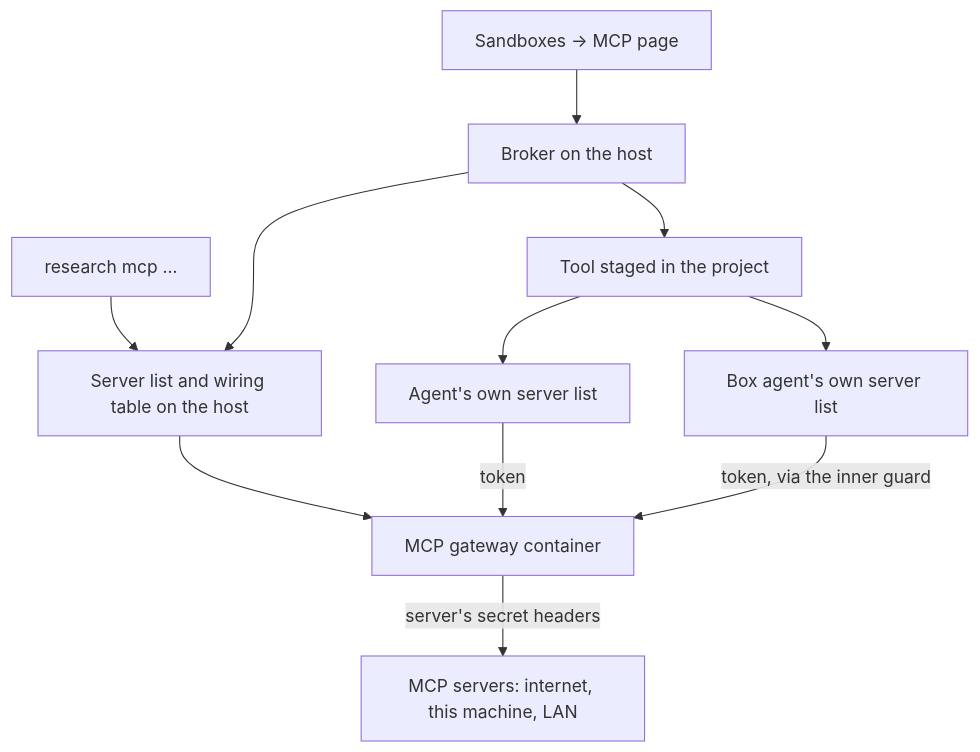
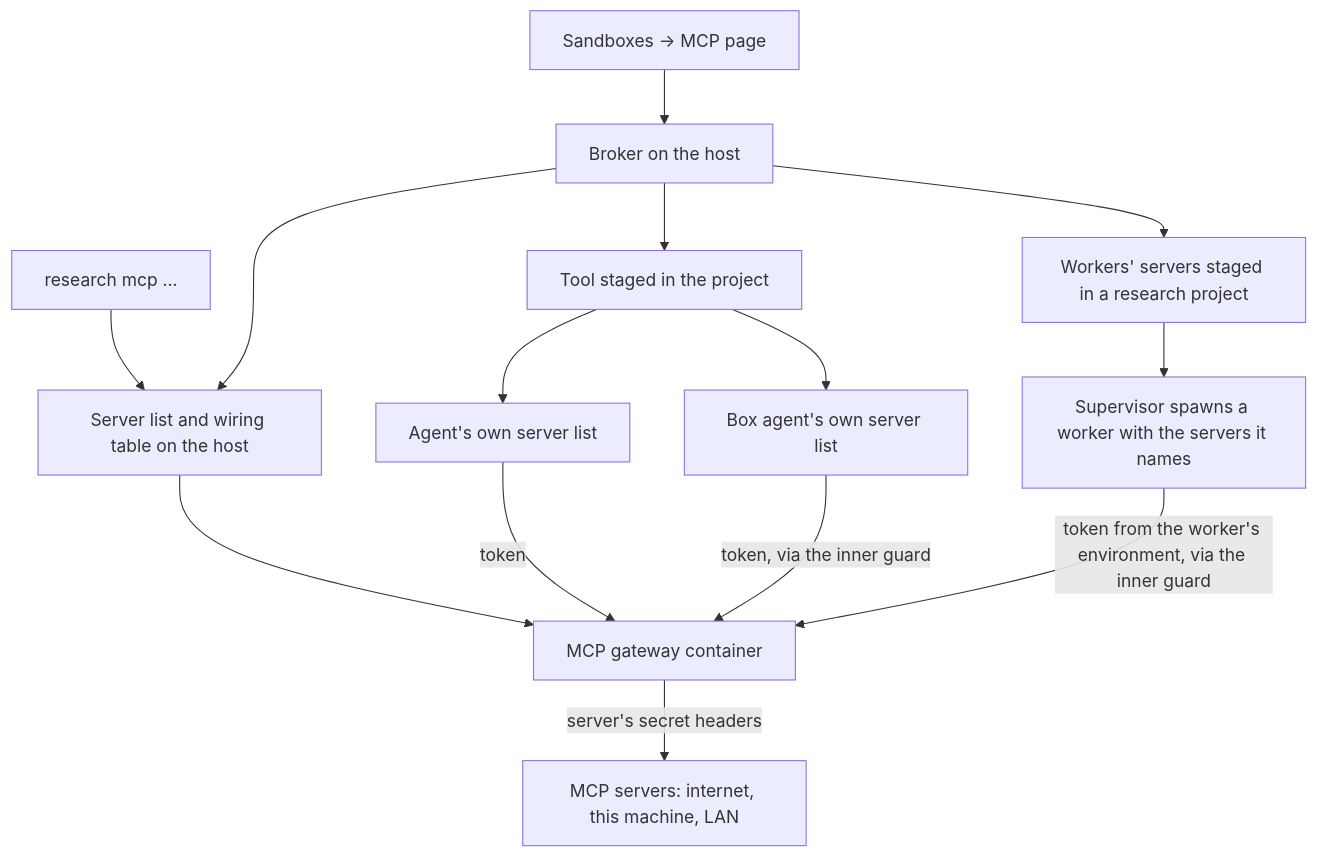
The diagram in docs/architecture/MCP-servers.md (joaopn/research-sandbox), drawn with Mermaid before and after one commit. The commit also changed other lines of this file and 1 other file, not shown here.

Commit message:
docs: the MCP servers page records how analysis workers reach the gateway
- The diagram shows the workers' path: servers staged in the research project, the supervisor's per-worker grant, the worker's call through the inner guard
- Two design decisions: a worker gets only the servers its supervisor names, and its token is never written to a file
- The Architecture index lists the workers decision among the core ones

````diff
--- a/docs/architecture/MCP-servers.md
+++ b/docs/architecture/MCP-servers.md
@@ -37,13 +37,16 @@
 ```mermaid
 flowchart TD
     P[Sandboxes → MCP page] --> B[Broker on the host]
     C[research mcp ...] --> L
     B --> L[Server list and wiring table on the host]
     L --> G[MCP gateway container]
     B --> T[Tool staged in the project]
     T --> A[Agent's own server list]
     T --> X[Box agent's own server list]
+    B --> W[Workers' servers staged in a research project]
+    W --> V[Supervisor spawns a worker with the servers it names]
     A -->|token| G
     X -->|token, via the inner guard| G
+    V -->|token from the worker's environment, via the inner guard| G
     G -->|server's secret headers| S[MCP servers: internet, this machine, LAN]
 ```
````
